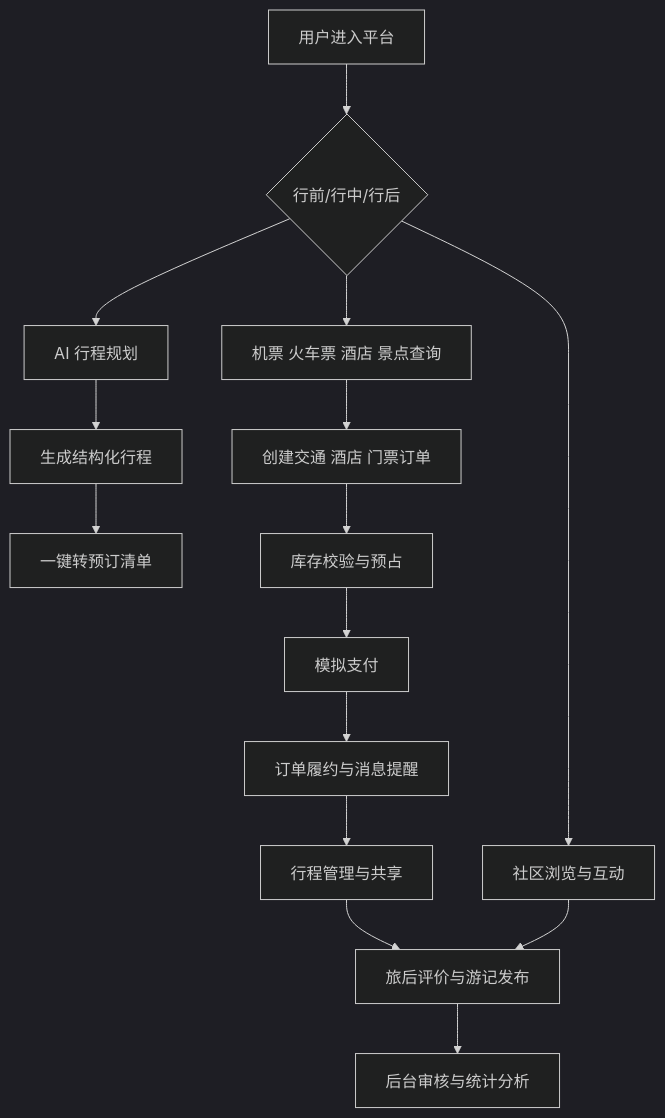
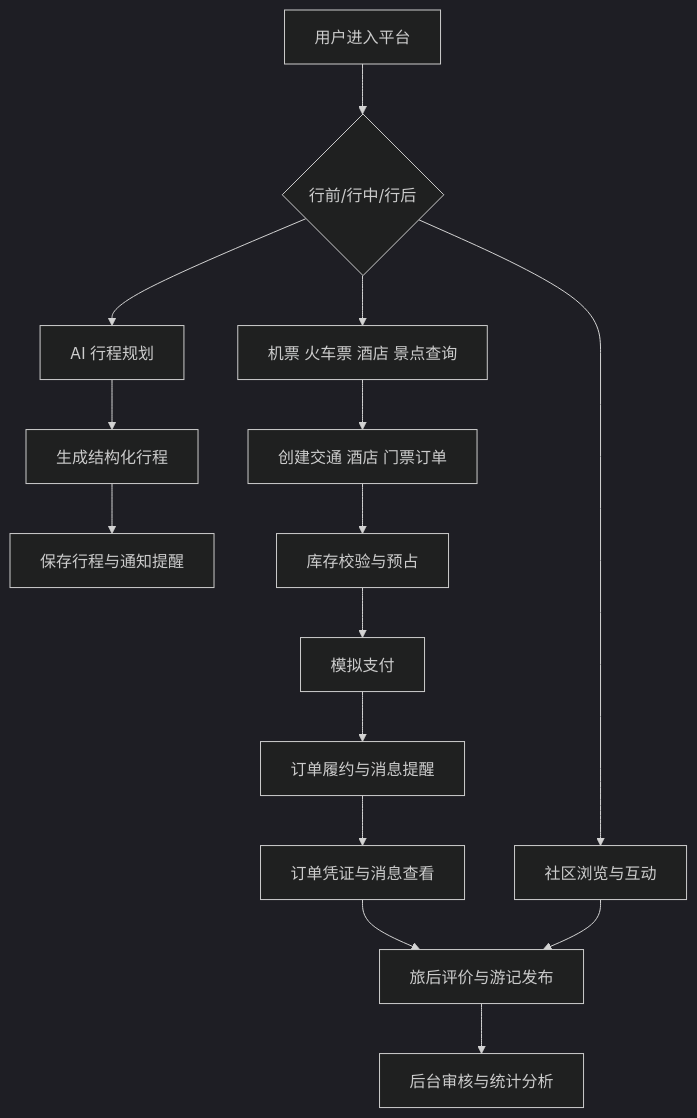
The diagram in 软件概要设计说明书.md (Miracle060811/Software_engineering), drawn with Mermaid (dark theme) before and after one commit. The commit also changed other lines of this file and 65 other files, not shown here.

````diff
--- a/软件概要设计说明书.md
+++ b/软件概要设计说明书.md
@@ -186,17 +187,17 @@
 ```mermaid
 flowchart TD
     A[用户进入平台] --> B{行前/行中/行后}
     B --> C[AI 行程规划]
     B --> D[机票 火车票 酒店 景点查询]
     B --> E[社区浏览与互动]
     C --> F[生成结构化行程]
-    F --> G[一键转预订清单]
+    F --> G[保存行程与通知提醒]
     D --> H[创建交通 酒店 门票订单]
     H --> I[库存校验与预占]
     I --> J[模拟支付]
     J --> K[订单履约与消息提醒]
-    K --> L[行程管理与共享]
+    K --> L[订单凭证与消息查看]
     L --> M[旅后评价与游记发布]
     E --> M
     M --> N[后台审核与统计分析]
 ```
````
